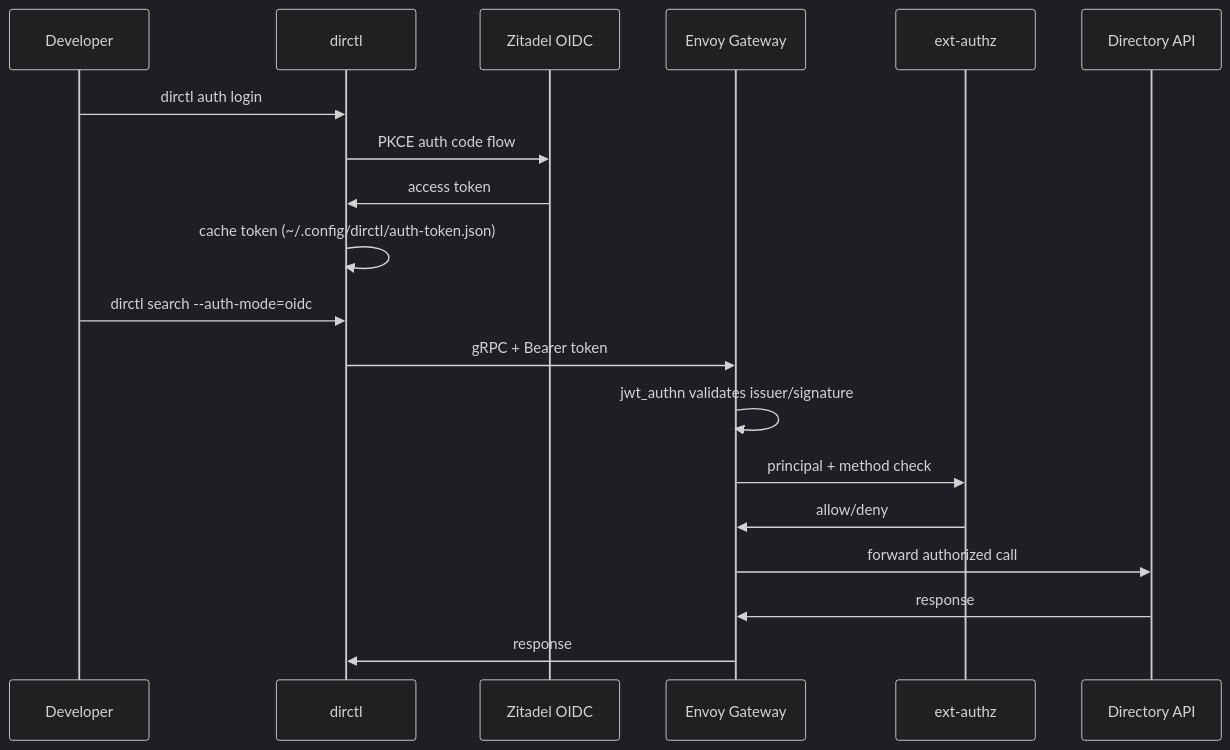
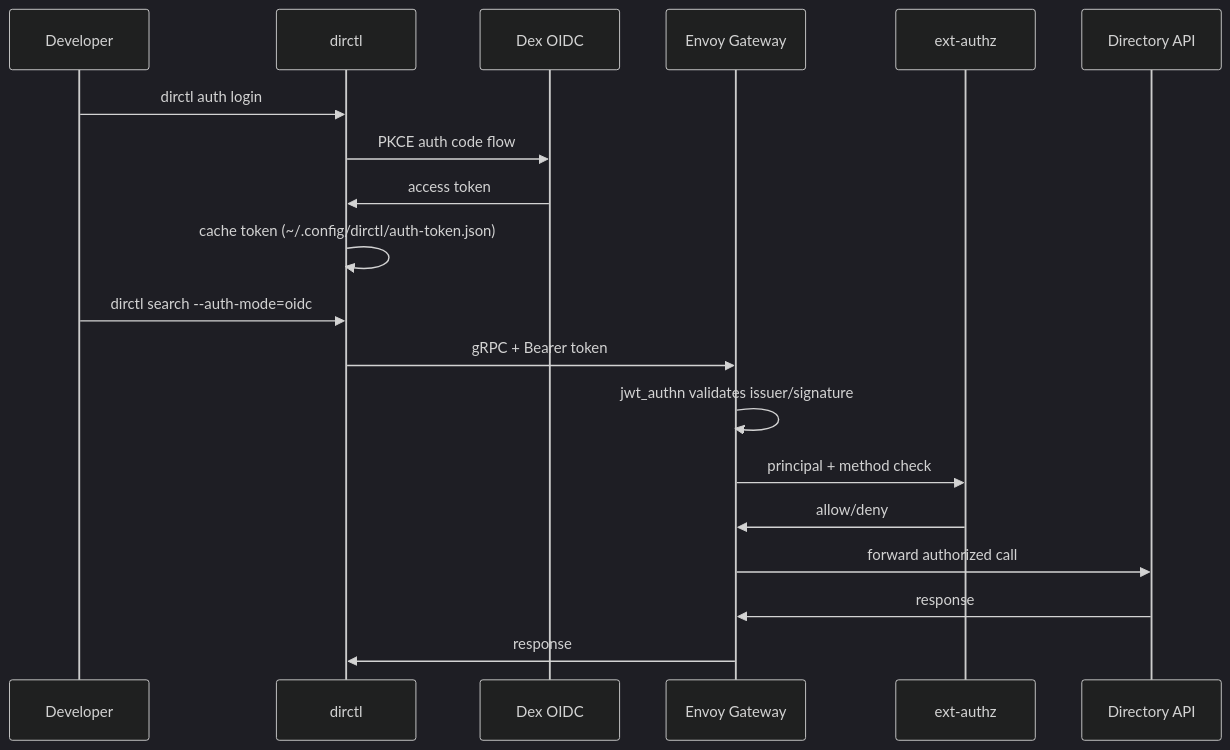
One commit to agntcy/blogs changed the second of 2 diagrams in _posts/2026-03-16-directory-oidc-authentication-unified-access.md. Above: the diagram before and after it, drawn with Mermaid (dark theme). The commit also changed other lines of this file, not shown here.

Commit message:
docs: update directory oidc auth

````diff
--- a/_posts/2026-03-16-directory-oidc-authentication-unified-access.md
+++ b/_posts/2026-03-16-directory-oidc-authentication-unified-access.md
@@ -80,23 +80,23 @@
 ```mermaid
 sequenceDiagram
     participant User as Developer
     participant CLI as dirctl
-    participant IdP as Zitadel OIDC
+    participant IdP as Dex OIDC
     participant Envoy as Envoy Gateway
     participant Authz as ext-authz
     participant API as Directory API
 
     User->>CLI: dirctl auth login
     CLI->>IdP: PKCE auth code flow
     IdP->>CLI: access token
     CLI->>CLI: cache token (~/.config/dirctl/auth-token.json)
 
     User->>CLI: dirctl search --auth-mode=oidc
     CLI->>Envoy: gRPC + Bearer token
     Envoy->>Envoy: jwt_authn validates issuer/signature
     Envoy->>Authz: principal + method check
     Authz->>Envoy: allow/deny
     Envoy->>API: forward authorized call
     API->>Envoy: response
     Envoy->>CLI: response
 ```
````
